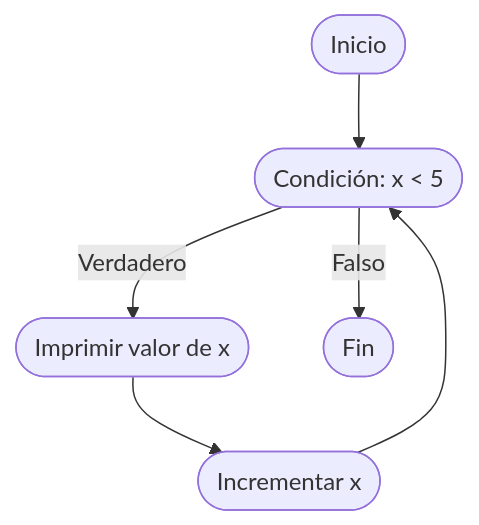
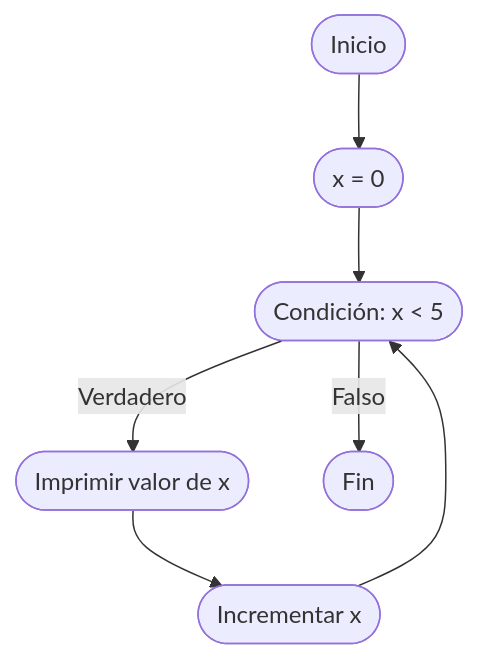
The seventh of 9 diagrams in UD5_diseno_realizacion_pruebas/apuntes/UD5_2_Tipos_pruebas.md (danielmartinan/entornos_desarrollo_2024-25), drawn with Mermaid before and after one commit. The commit also changed other lines of this file and 2 other files, not shown here.

````diff
--- a/UD5_diseno_realizacion_pruebas/apuntes/UD5_2_Tipos_pruebas.md
+++ b/UD5_diseno_realizacion_pruebas/apuntes/UD5_2_Tipos_pruebas.md
@@ -684,8 +683,9 @@
         ```mermaid
         graph TD
-        A([Inicio]) --> B([Condición: x < 5])
+        A([Inicio]) --> M([x = 0])
+        M --> B([Condición: x < 5])
         B -->|Verdadero| C([Imprimir valor de x])
         C --> D([Incrementar x])
         D --> B
         B -->|Falso| E([Fin])
         ```
````
